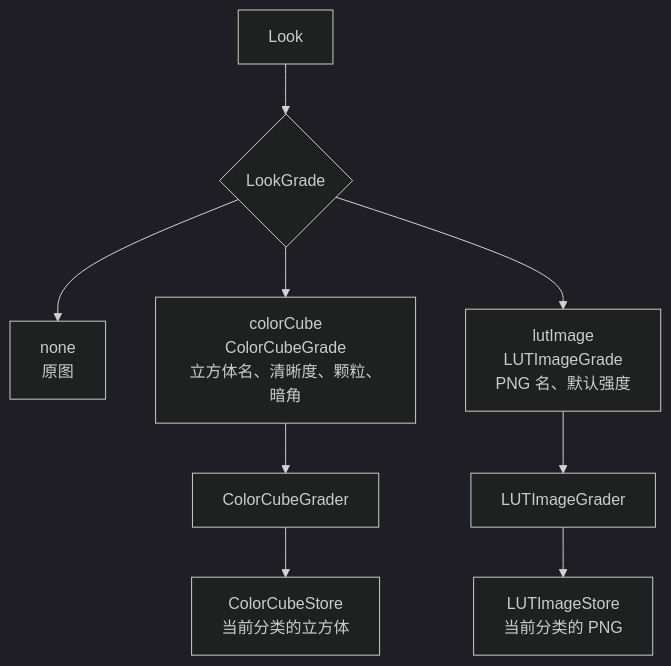
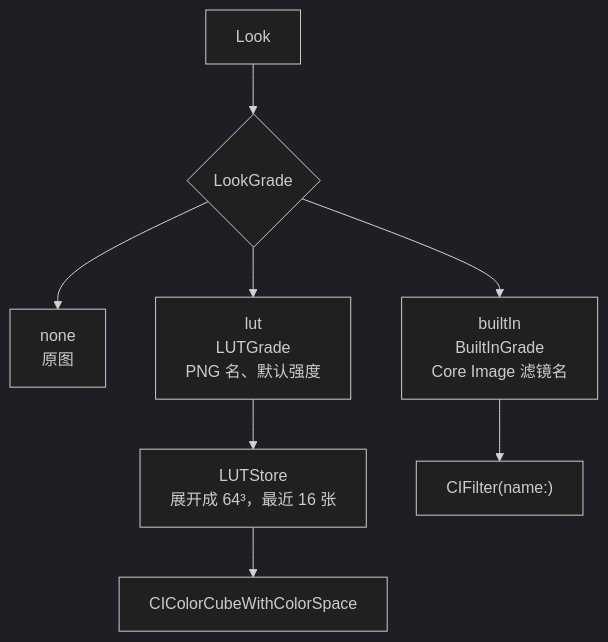
One commit to zhe-ma/angie-filter changed the fourth of 6 diagrams in design/architecture.md. Above: the diagram before and after it, drawn with Mermaid (dark theme). The commit also changed other lines of this file and 148 other files, not shown here.

First line of the commit message:
把滤镜换成开源胶片 LUT 和 Core Image 内置效果，并写下 Live Photo 和录像的采集路线。

````diff
--- a/design/architecture.md
+++ b/design/architecture.md
@@ -114,11 +109,10 @@
 ```mermaid
 flowchart TB
   look["Look"] --> grade{"LookGrade"}
   grade --> n["none<br/>原图"]
-  grade --> c["colorCube<br/>ColorCubeGrade<br/>立方体名、清晰度、颗粒、暗角"]
-  grade --> l["lutImage<br/>LUTImageGrade<br/>PNG 名、默认强度"]
-  c --> cg["ColorCubeGrader"]
-  l --> lg["LUTImageGrader"]
-  cg --> storeC["ColorCubeStore<br/>当前分类的立方体"]
-  lg --> storeL["LUTImageStore<br/>当前分类的 PNG"]
+  grade --> l["lut<br/>LUTGrade<br/>PNG 名、默认强度"]
+  grade --> b["builtIn<br/>BuiltInGrade<br/>Core Image 滤镜名"]
+  l --> store["LUTStore<br/>展开成 64³，最近 16 张"]
+  store --> cube["CIColorCubeWithColorSpace"]
+  b --> ci["CIFilter(name:)"]
 ```
````
